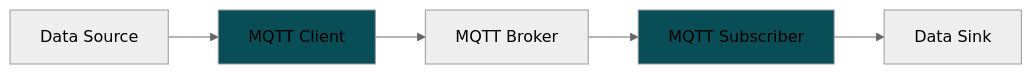
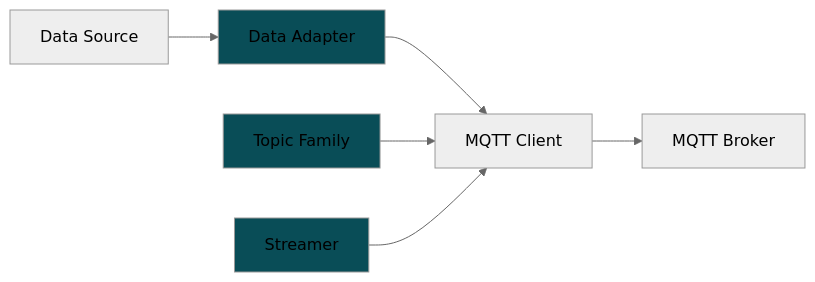
The diagram in README.md (cmu-mfi/mfi_ddb_library), drawn with Mermaid (neutral theme) before and after one commit. The commit also changed other lines of this file and 1 other file, not shown here.

````diff
--- a/README.md
+++ b/README.md
@@ -14,7 +14,11 @@
 ```mermaid
 flowchart LR;
-    A[Data Source]-->B[MQTT Client]-->C[MQTT Broker]-->D[MQTT Subscriber]-->E[Data Sink]
+    A[Data Source] --> B[Data Adapter];
+    B --> M[MQTT Client];
+    C[Topic Family] --> M;
+    D[Streamer] --> M;
+    M-->X[MQTT Broker];    
 
     classDef highlight fill:#094d57
-    class B,D highlight
+    class B,C,D highlight
 ```
````
